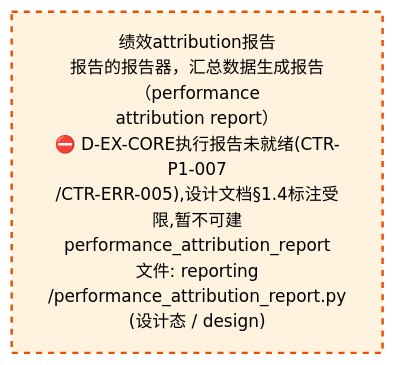
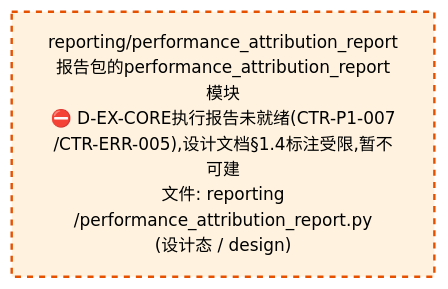
The third of 4 diagrams in docs/02_enterprise_architecture/02_domain_architecture_docs/26_d_reporting.md (xuanFelixVan/ZephyrAlpha), drawn with Mermaid before and after one commit. The commit also changed other lines of this file and 50 other files, not shown here.

````diff
--- a/docs/02_enterprise_architecture/02_domain_architecture_docs/26_d_reporting.md
+++ b/docs/02_enterprise_architecture/02_domain_architecture_docs/26_d_reporting.md
@@ -212,10 +212,10 @@
 ```mermaid
 %%{init: {'theme': 'base', 'themeVariables': {'primaryColor': '#eaeaea', 'primaryTextColor': '#333333', 'primaryBorderColor': '#666666', 'lineColor': '#666666', 'secondaryColor': '#eaeaea', 'tertiaryColor': '#eaeaea', 'fontSize': '14px'}}}%%
 flowchart TD
-    src_zephyr_reporting_performance_attribution_report_py["绩效attribution报告<br/>报告的报告器，汇总数据生成报告（performance<br/>attribution report）<br/>⛔ D-EX-CORE执行报告未就绪(CTR-P1-007<br/>/CTR-ERR-005),设计文档§1.4标注受限,暂不可建<br/>performance_attribution_report<br/>文件: reporting<br/>/performance_attribution_report.py<br/>(设计态 / design)"]
+    src_zephyr_reporting_performance_attribution_report_py["reporting/performance_attribution_report<br/>报告包的performance_attribution_report模块<br/>⛔ D-EX-CORE执行报告未就绪(CTR-P1-007<br/>/CTR-ERR-005),设计文档§1.4标注受限,暂不可建<br/>文件: reporting<br/>/performance_attribution_report.py<br/>(设计态 / design)"]
     classDef production fill:#e1f5fe,stroke:#01579b,stroke-width:2px,color:#000
     classDef design fill:#fff3e0,stroke:#e65100,stroke-width:2px,color:#000,stroke-dasharray: 5 5
     classDef external_prod fill:#e8f4fd,stroke:#0277bd,stroke-width:1px,color:#000
     classDef external_design fill:#fff8e7,stroke:#ef6c00,stroke-width:1px,color:#000,stroke-dasharray: 5 5
     class src_zephyr_reporting_performance_attribution_report_py design
 ```
````
